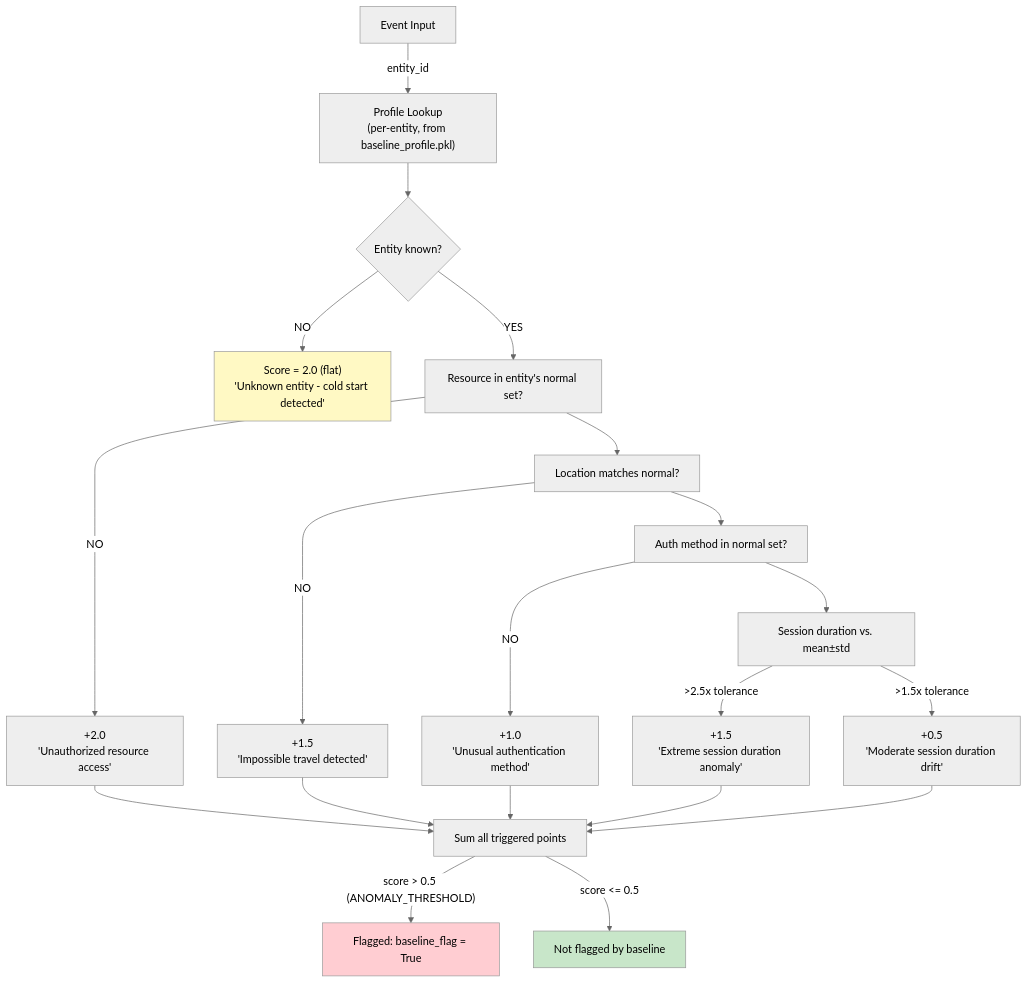
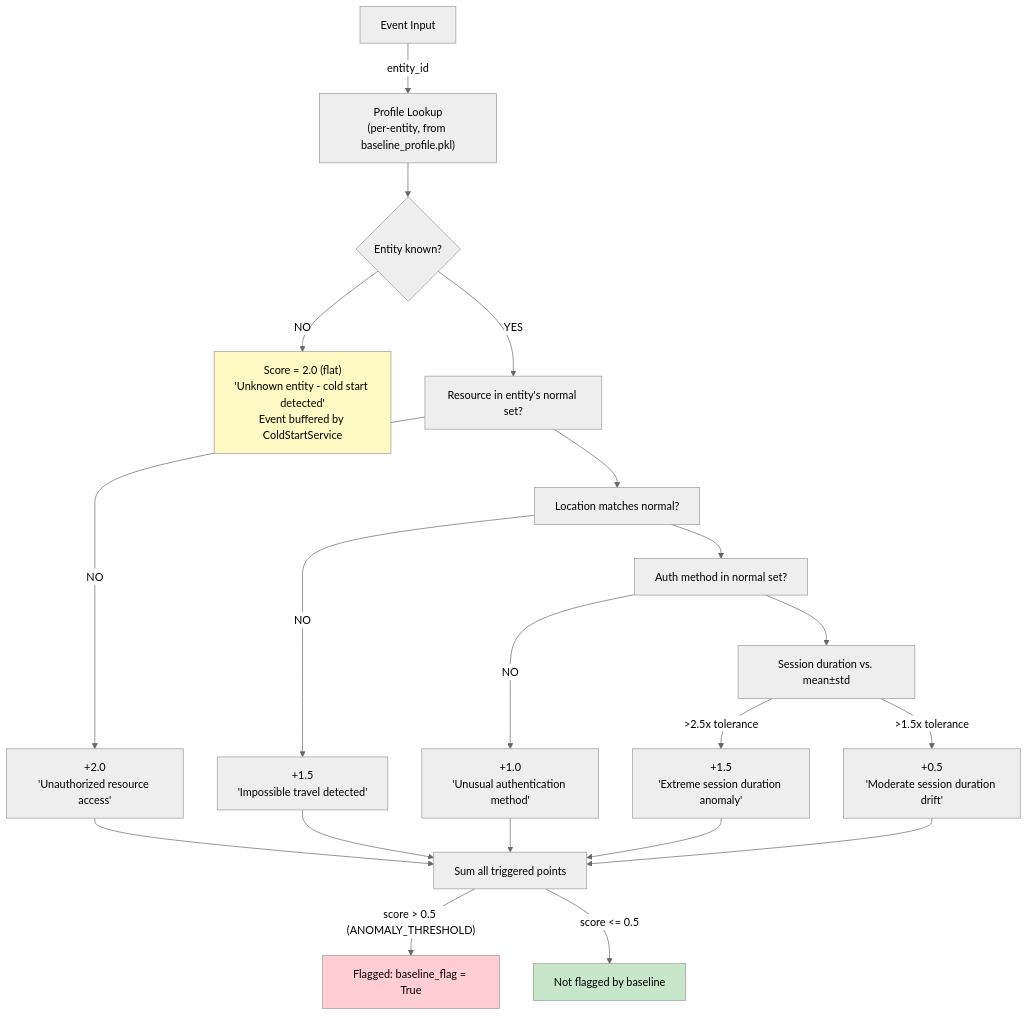
One commit to rupeshdharavath/Anomaly-Detection-cyber changed the third of 5 diagrams in ARCHITECTURE.md. Above: the diagram before and after it, drawn with Mermaid (neutral theme). The commit also changed other lines of this file and 11 other files, not shown here.

````diff
--- a/ARCHITECTURE.md
+++ b/ARCHITECTURE.md
@@ -93,34 +111,34 @@
 ```mermaid
 graph TD
     Event["Event Input"]
     Event -->|entity_id| Lookup["Profile Lookup<br/>(per-entity, from baseline_profile.pkl)"]
 
     Lookup --> Cold{"Entity known?"}
-    Cold -->|NO| ColdScore["Score = 2.0 (flat)<br/>'Unknown entity - cold start detected'"]
+    Cold -->|NO| ColdScore["Score = 2.0 (flat)<br/>'Unknown entity - cold start detected'<br/>Event buffered by ColdStartService"]
 
     Cold -->|YES| Check1["Resource in entity's normal set?"]
     Check1 -->|NO| Score1["+2.0<br/>'Unauthorized resource access'"]
 
     Check1 --> Check2["Location matches normal?"]
     Check2 -->|NO| Score2["+1.5<br/>'Impossible travel detected'"]
 
     Check2 --> Check3["Auth method in normal set?"]
     Check3 -->|NO| Score3["+1.0<br/>'Unusual authentication method'"]
 
     Check3 --> Check4["Session duration vs. mean±std"]
     Check4 -->|">2.5x tolerance"| Score4["+1.5<br/>'Extreme session duration anomaly'"]
     Check4 -->|">1.5x tolerance"| Score5["+0.5<br/>'Moderate session duration drift'"]
 
     Score1 --> Sum["Sum all triggered points"]
     Score2 --> Sum
     Score3 --> Sum
     Score4 --> Sum
     Score5 --> Sum
 
     Sum -->|"score > 0.5 (ANOMALY_THRESHOLD)"| Flag["Flagged: baseline_flag = True"]
     Sum -->|"score <= 0.5"| Normal["Not flagged by baseline"]
 
     style Flag fill:#ffcdd2
     style Normal fill:#c8e6c9
     style ColdScore fill:#fff9c4
 ```
````
